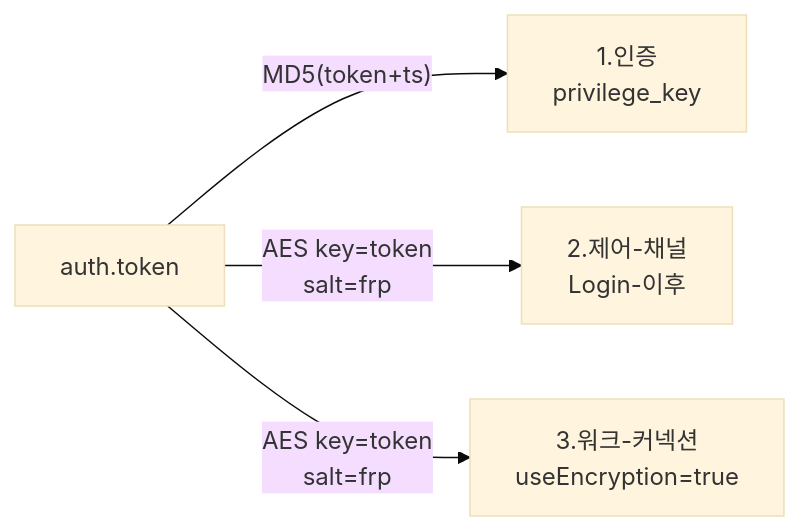
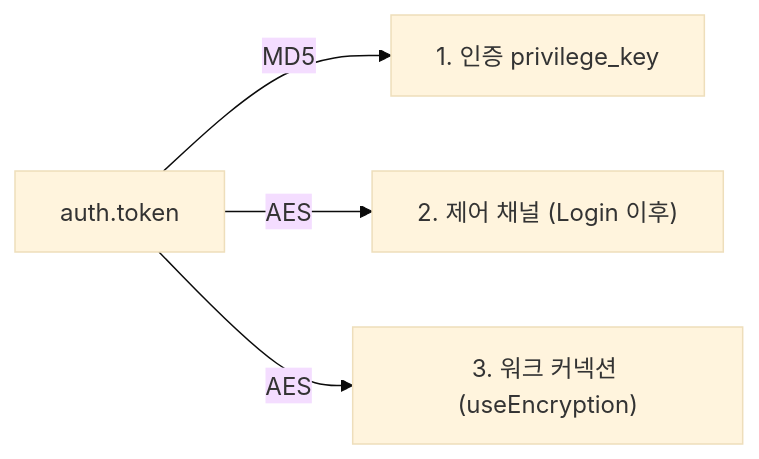
One commit to cagojeiger/drp changed the third of 6 diagrams in docs/architecture/protocol-layer.md. Above: the diagram before and after it, drawn with Mermaid (base theme). The commit also changed other lines of this file and 2 other files, not shown here.

First line of the commit message:
fix(docs): fix Mermaid syntax for VS Code compatibility

````diff
--- a/docs/architecture/protocol-layer.md
+++ b/docs/architecture/protocol-layer.md
@@ -77,8 +77,8 @@
 ```mermaid
 graph LR
     Token[auth.token]
 
-    Token -->|"MD5(token+ts)"| Auth[1.인증<br/>privilege_key]
-    Token -->|"AES key=token<br/>salt=frp"| Ctrl[2.제어-채널<br/>Login-이후]
-    Token -->|"AES key=token<br/>salt=frp"| Work[3.워크-커넥션<br/>useEncryption=true]
+    Token -->|MD5| Auth["1. 인증 privilege_key"]
+    Token -->|AES| Ctrl2["2. 제어 채널 (Login 이후)"]
+    Token -->|AES| Work["3. 워크 커넥션 (useEncryption)"]
 ```
````
